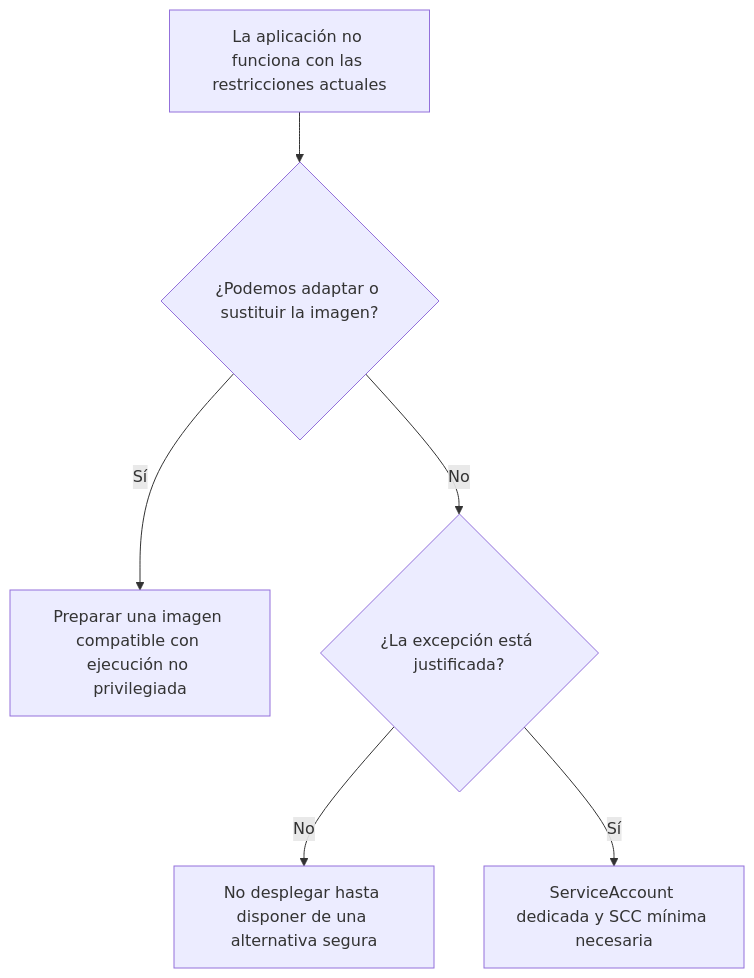
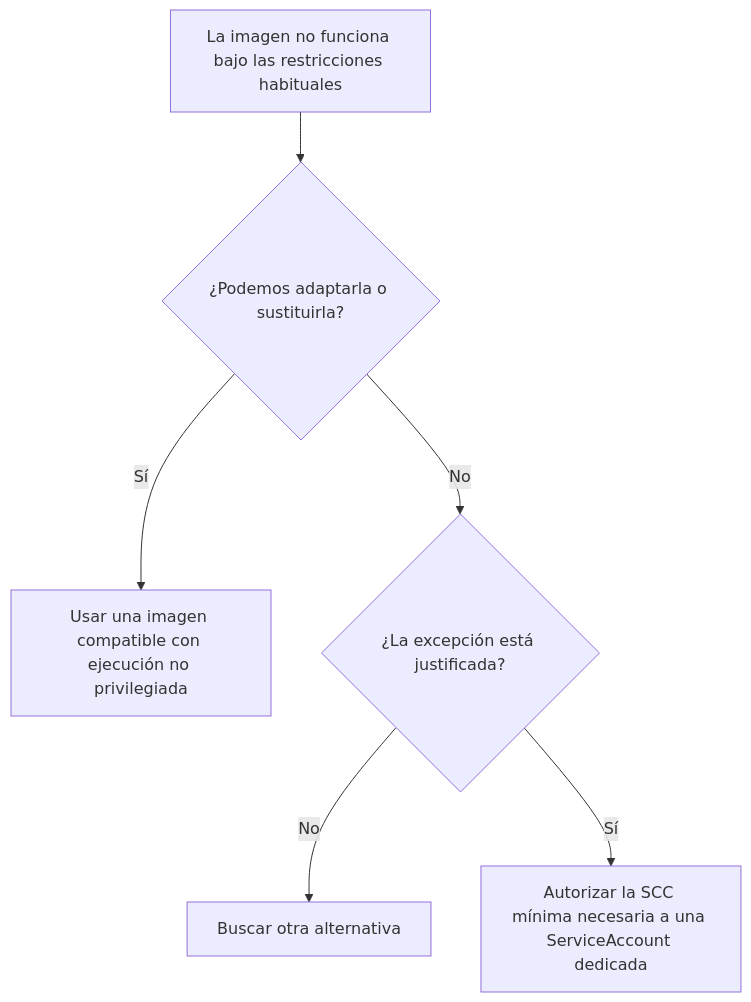
The third of 4 diagrams in docs/sesion2/2.6 Politicas de Seguridad.md (ieftraining/curso-openshift), drawn with Mermaid before and after one commit. The commit also changed other lines of this file, not shown here.

````diff
--- a/docs/sesion2/2.6 Politicas de Seguridad.md
+++ b/docs/sesion2/2.6 Politicas de Seguridad.md
@@ -175,8 +188,8 @@
 ```mermaid
 flowchart TD
-    A[La aplicación no funciona con las restricciones actuales] --> B{¿Podemos adaptar o sustituir la imagen?}
-    B -->|Sí| C[Preparar una imagen compatible con ejecución no privilegiada]
+    A[La imagen no funciona bajo las restricciones habituales] --> B{¿Podemos adaptarla o sustituirla?}
+    B -->|Sí| C[Usar una imagen compatible con ejecución no privilegiada]
     B -->|No| D{¿La excepción está justificada?}
-    D -->|No| E[No desplegar hasta disponer de una alternativa segura]
-    D -->|Sí| F[ServiceAccount dedicada y SCC mínima necesaria]
+    D -->|No| E[Buscar otra alternativa]
+    D -->|Sí| F[Autorizar la SCC mínima necesaria a una ServiceAccount dedicada]
 ```
````
